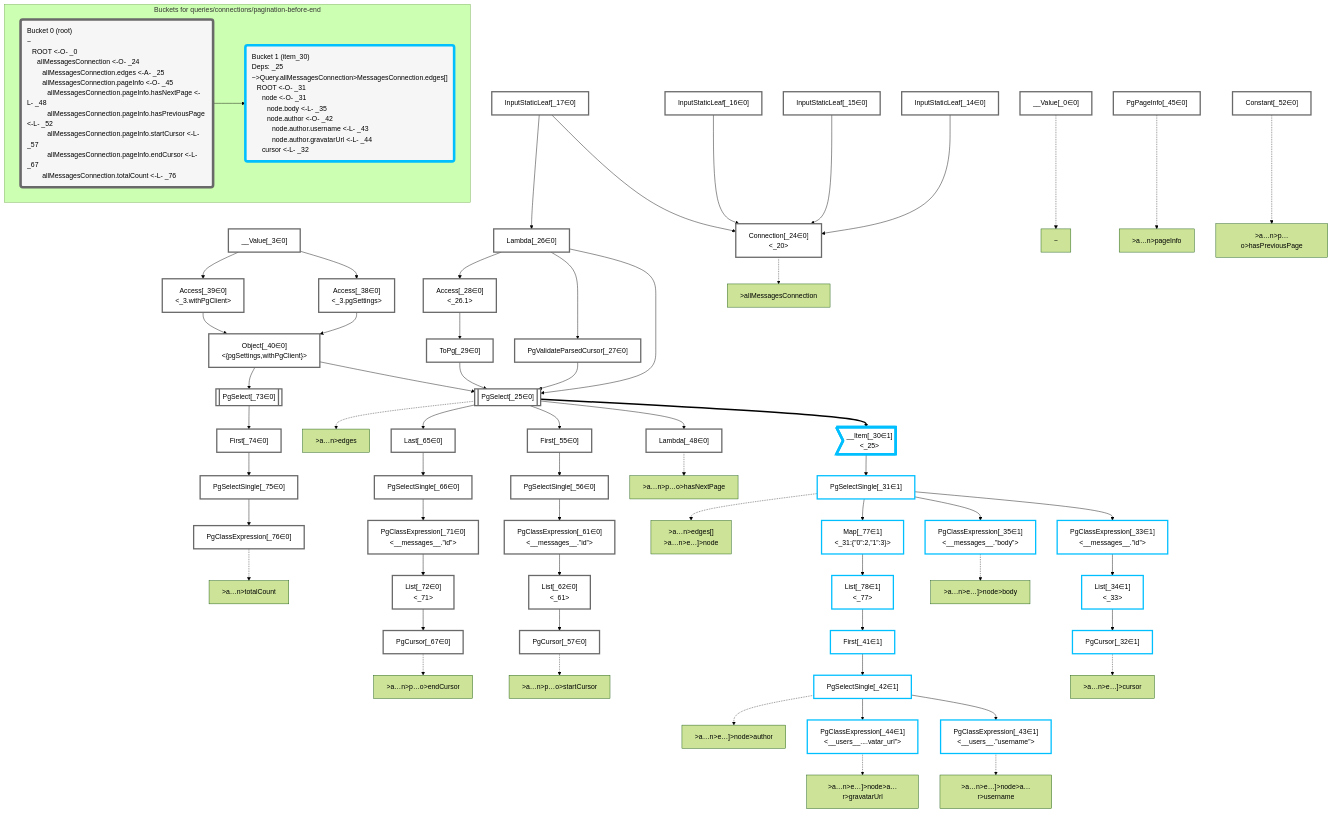
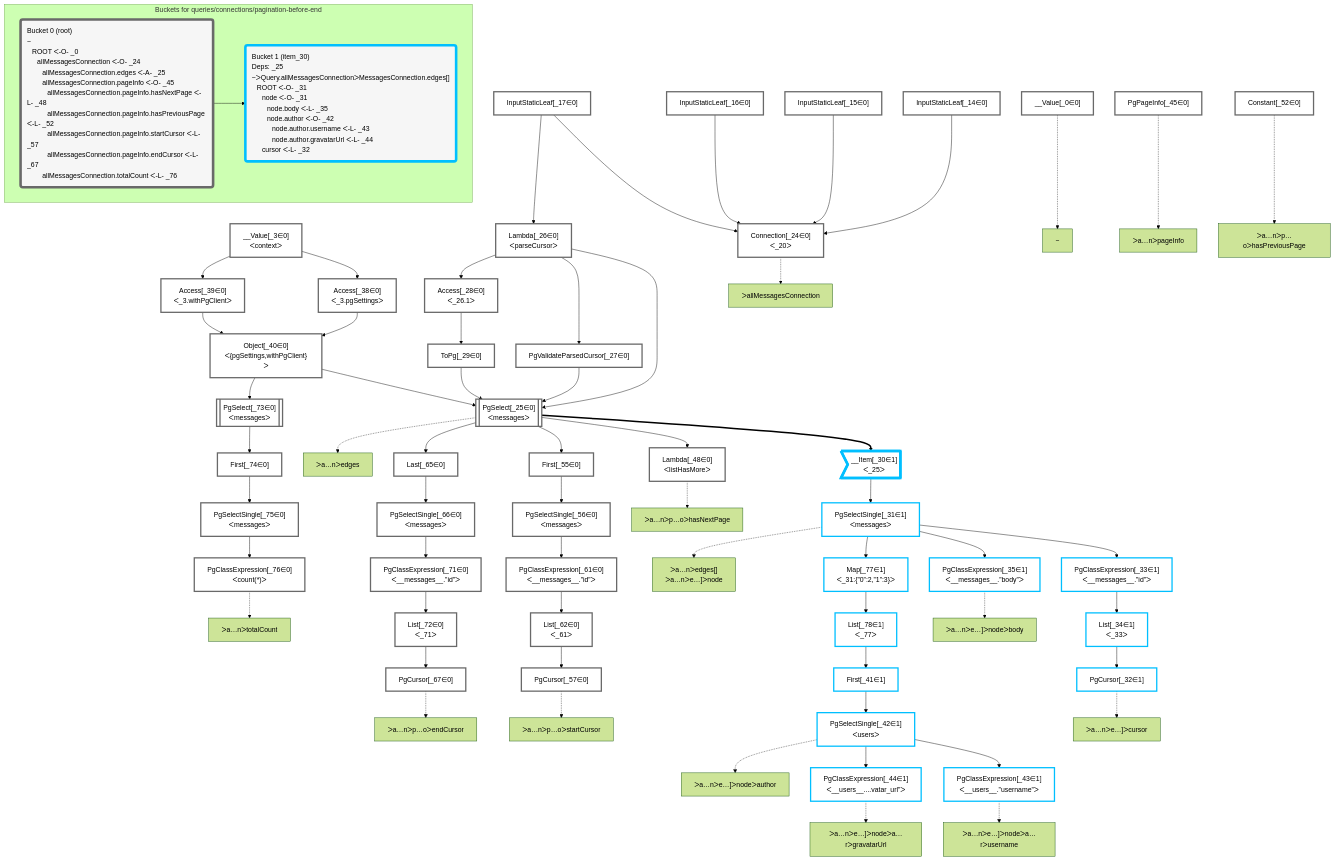
Before and after one commit to graphile/crystal: the diagram in packages/dataplan-pg/__tests__/queries/connections/pagination-before-end.mermaid.md, drawn with Mermaid (forest theme). The commit also changed 195 other files, not shown here.

```diff
--- a/packages/dataplan-pg/__tests__/queries/connections/pagination-before-end.mermaid.md
+++ b/packages/dataplan-pg/__tests__/queries/connections/pagination-before-end.mermaid.md
@@ -9,49 +9,49 @@
 
     %% define plans
     __Value_0["__Value[_0∈0]"]:::plan
-    __Value_3["__Value[_3∈0]<br /><context>"]:::plan
+    __Value_3["__Value[_3∈0]<br />ᐸcontextᐳ"]:::plan
     InputStaticLeaf_14["InputStaticLeaf[_14∈0]"]:::plan
     InputStaticLeaf_15["InputStaticLeaf[_15∈0]"]:::plan
     InputStaticLeaf_16["InputStaticLeaf[_16∈0]"]:::plan
     InputStaticLeaf_17["InputStaticLeaf[_17∈0]"]:::plan
-    Connection_24["Connection[_24∈0]<br /><_20>"]:::plan
-    PgSelect_25[["PgSelect[_25∈0]<br /><messages>"]]:::plan
-    Lambda_26["Lambda[_26∈0]<br /><parseCursor>"]:::plan
+    Connection_24["Connection[_24∈0]<br />ᐸ_20ᐳ"]:::plan
+    PgSelect_25[["PgSelect[_25∈0]<br />ᐸmessagesᐳ"]]:::plan
+    Lambda_26["Lambda[_26∈0]<br />ᐸparseCursorᐳ"]:::plan
     PgValidateParsedCursor_27["PgValidateParsedCursor[_27∈0]"]:::plan
-    Access_28["Access[_28∈0]<br /><_26.1>"]:::plan
+    Access_28["Access[_28∈0]<br />ᐸ_26.1ᐳ"]:::plan
     ToPg_29["ToPg[_29∈0]"]:::plan
-    __Item_30>"__Item[_30∈1]<br /><_25>"]:::itemplan
-    PgSelectSingle_31["PgSelectSingle[_31∈1]<br /><messages>"]:::plan
+    __Item_30>"__Item[_30∈1]<br />ᐸ_25ᐳ"]:::itemplan
+    PgSelectSingle_31["PgSelectSingle[_31∈1]<br />ᐸmessagesᐳ"]:::plan
     PgCursor_32["PgCursor[_32∈1]"]:::plan
-    PgClassExpression_33["PgClassExpression[_33∈1]<br /><__messages__.”id”>"]:::plan
-    List_34["List[_34∈1]<br /><_33>"]:::plan
-    PgClassExpression_35["PgClassExpression[_35∈1]<br /><__messages__.”body”>"]:::plan
-    Access_38["Access[_38∈0]<br /><_3.pgSettings>"]:::plan
-    Access_39["Access[_39∈0]<br /><_3.withPgClient>"]:::plan
-    Object_40["Object[_40∈0]<br /><{pgSettings,withPgClient}>"]:::plan
+    PgClassExpression_33["PgClassExpression[_33∈1]<br />ᐸ__messages__.”id”ᐳ"]:::plan
+    List_34["List[_34∈1]<br />ᐸ_33ᐳ"]:::plan
+    PgClassExpression_35["PgClassExpression[_35∈1]<br />ᐸ__messages__.”body”ᐳ"]:::plan
+    Access_38["Access[_38∈0]<br />ᐸ_3.pgSettingsᐳ"]:::plan
+    Access_39["Access[_39∈0]<br />ᐸ_3.withPgClientᐳ"]:::plan
+    Object_40["Object[_40∈0]<br />ᐸ{pgSettings,withPgClient}ᐳ"]:::plan
     First_41["First[_41∈1]"]:::plan
-    PgSelectSingle_42["PgSelectSingle[_42∈1]<br /><users>"]:::plan
-    PgClassExpression_43["PgClassExpression[_43∈1]<br /><__users__.”username”>"]:::plan
-    PgClassExpression_44["PgClassExpression[_44∈1]<br /><__users__....vatar_url”>"]:::plan
+    PgSelectSingle_42["PgSelectSingle[_42∈1]<br />ᐸusersᐳ"]:::plan
+    PgClassExpression_43["PgClassExpression[_43∈1]<br />ᐸ__users__.”username”ᐳ"]:::plan
+    PgClassExpression_44["PgClassExpression[_44∈1]<br />ᐸ__users__....vatar_url”ᐳ"]:::plan
     PgPageInfo_45["PgPageInfo[_45∈0]"]:::plan
-    Lambda_48["Lambda[_48∈0]<br /><listHasMore>"]:::plan
+    Lambda_48["Lambda[_48∈0]<br />ᐸlistHasMoreᐳ"]:::plan
     Constant_52["Constant[_52∈0]"]:::plan
     First_55["First[_55∈0]"]:::plan
-    PgSelectSingle_56["PgSelectSingle[_56∈0]<br /><messages>"]:::plan
+    PgSelectSingle_56["PgSelectSingle[_56∈0]<br />ᐸmessagesᐳ"]:::plan
     PgCursor_57["PgCursor[_57∈0]"]:::plan
-    PgClassExpression_61["PgClassExpression[_61∈0]<br /><__messages__.”id”>"]:::plan
-    List_62["List[_62∈0]<br /><_61>"]:::plan
+    PgClassExpression_61["PgClassExpression[_61∈0]<br />ᐸ__messages__.”id”ᐳ"]:::plan
+    List_62["List[_62∈0]<br />ᐸ_61ᐳ"]:::plan
     Last_65["Last[_65∈0]"]:::plan
-    PgSelectSingle_66["PgSelectSingle[_66∈0]<br /><messages>"]:::plan
+    PgSelectSingle_66["PgSelectSingle[_66∈0]<br />ᐸmessagesᐳ"]:::plan
     PgCursor_67["PgCursor[_67∈0]"]:::plan
-    PgClassExpression_71["PgClassExpression[_71∈0]<br /><__messages__.”id”>"]:::plan
-    List_72["List[_72∈0]<br /><_71>"]:::plan
-    PgSelect_73[["PgSelect[_73∈0]<br /><messages>"]]:::plan
+    PgClassExpression_71["PgClassExpression[_71∈0]<br />ᐸ__messages__.”id”ᐳ"]:::plan
+    List_72["List[_72∈0]<br />ᐸ_71ᐳ"]:::plan
+    PgSelect_73[["PgSelect[_73∈0]<br />ᐸmessagesᐳ"]]:::plan
     First_74["First[_74∈0]"]:::plan
-    PgSelectSingle_75["PgSelectSingle[_75∈0]<br /><messages>"]:::plan
-    PgClassExpression_76["PgClassExpression[_76∈0]<br /><count(*)>"]:::plan
-    Map_77["Map[_77∈1]<br /><_31:{”0”:2,”1”:3}>"]:::plan
-    List_78["List[_78∈1]<br /><_77>"]:::plan
+    PgSelectSingle_75["PgSelectSingle[_75∈0]<br />ᐸmessagesᐳ"]:::plan
+    PgClassExpression_76["PgClassExpression[_76∈0]<br />ᐸcount(*)ᐳ"]:::plan
+    Map_77["Map[_77∈1]<br />ᐸ_31:{”0”:2,”1”:3}ᐳ"]:::plan
+    List_78["List[_78∈1]<br />ᐸ_77ᐳ"]:::plan
 
     %% plan dependencies
     InputStaticLeaf_14 --> Connection_24
@@ -101,33 +101,33 @@
     %% plan-to-path relationships
     P_0["~"]
     __Value_0 -.-> P_0
-    P_24[">allMessagesConnection"]
+    P_24["ᐳallMessagesConnection"]
     Connection_24 -.-> P_24
-    P_25[">a…n>edges"]
+    P_25["ᐳa…nᐳedges"]
     PgSelect_25 -.-> P_25
-    P_31[">a…n>edges[]<br />>a…n>e…]>node"]
+    P_31["ᐳa…nᐳedges[]<br />ᐳa…nᐳe…]ᐳnode"]
     PgSelectSingle_31 -.-> P_31
-    P_32[">a…n>e…]>cursor"]
+    P_32["ᐳa…nᐳe…]ᐳcursor"]
     PgCursor_32 -.-> P_32
-    P_35[">a…n>e…]>node>body"]
+    P_35["ᐳa…nᐳe…]ᐳnodeᐳbody"]
     PgClassExpression_35 -.-> P_35
-    P_42[">a…n>e…]>node>author"]
+    P_42["ᐳa…nᐳe…]ᐳnodeᐳauthor"]
     PgSelectSingle_42 -.-> P_42
-    P_43[">a…n>e…]>node>a…r>username"]
+    P_43["ᐳa…nᐳe…]ᐳnodeᐳa…rᐳusername"]
     PgClassExpression_43 -.-> P_43
-    P_44[">a…n>e…]>node>a…r>gravatarUrl"]
+    P_44["ᐳa…nᐳe…]ᐳnodeᐳa…rᐳgravatarUrl"]
     PgClassExpression_44 -.-> P_44
-    P_45[">a…n>pageInfo"]
+    P_45["ᐳa…nᐳpageInfo"]
     PgPageInfo_45 -.-> P_45
-    P_48[">a…n>p…o>hasNextPage"]
+    P_48["ᐳa…nᐳp…oᐳhasNextPage"]
     Lambda_48 -.-> P_48
-    P_52[">a…n>p…o>hasPreviousPage"]
+    P_52["ᐳa…nᐳp…oᐳhasPreviousPage"]
     Constant_52 -.-> P_52
-    P_57[">a…n>p…o>startCursor"]
+    P_57["ᐳa…nᐳp…oᐳstartCursor"]
     PgCursor_57 -.-> P_57
-    P_67[">a…n>p…o>endCursor"]
+    P_67["ᐳa…nᐳp…oᐳendCursor"]
     PgCursor_67 -.-> P_67
-    P_76[">a…n>totalCount"]
+    P_76["ᐳa…nᐳtotalCount"]
     PgClassExpression_76 -.-> P_76
 
     %% allocate buckets
@@ -137,9 +137,9 @@
     class __Item_30,PgSelectSingle_31,PgCursor_32,PgClassExpression_33,List_34,PgClassExpression_35,First_41,PgSelectSingle_42,PgClassExpression_43,PgClassExpression_44,Map_77,List_78 bucket1
 
     subgraph "Buckets for queries/connections/pagination-before-end"
-    Bucket0("Bucket 0 (root)<br />~<br />⠀ROOT <-O- _0<br />⠀⠀allMessagesConnection <-O- _24<br />⠀⠀⠀allMessagesConnection.edges <-A- _25<br />⠀⠀⠀allMessagesConnection.pageInfo <-O- _45<br />⠀⠀⠀⠀allMessagesConnection.pageInfo.hasNextPage <-L- _48<br />⠀⠀⠀⠀allMessagesConnection.pageInfo.hasPreviousPage <-L- _52<br />⠀⠀⠀⠀allMessagesConnection.pageInfo.startCursor <-L- _57<br />⠀⠀⠀⠀allMessagesConnection.pageInfo.endCursor <-L- _67<br />⠀⠀⠀allMessagesConnection.totalCount <-L- _76"):::bucket
+    Bucket0("Bucket 0 (root)<br />~<br />⠀ROOT ᐸ-O- _0<br />⠀⠀allMessagesConnection ᐸ-O- _24<br />⠀⠀⠀allMessagesConnection.edges ᐸ-A- _25<br />⠀⠀⠀allMessagesConnection.pageInfo ᐸ-O- _45<br />⠀⠀⠀⠀allMessagesConnection.pageInfo.hasNextPage ᐸ-L- _48<br />⠀⠀⠀⠀allMessagesConnection.pageInfo.hasPreviousPage ᐸ-L- _52<br />⠀⠀⠀⠀allMessagesConnection.pageInfo.startCursor ᐸ-L- _57<br />⠀⠀⠀⠀allMessagesConnection.pageInfo.endCursor ᐸ-L- _67<br />⠀⠀⠀allMessagesConnection.totalCount ᐸ-L- _76"):::bucket
     style Bucket0 stroke:#696969
-    Bucket1("Bucket 1 (item_30)<br />Deps: _25<br />~>Query.allMessagesConnection>MessagesConnection.edges[]<br />⠀ROOT <-O- _31<br />⠀⠀node <-O- _31<br />⠀⠀⠀node.body <-L- _35<br />⠀⠀⠀node.author <-O- _42<br />⠀⠀⠀⠀node.author.username <-L- _43<br />⠀⠀⠀⠀node.author.gravatarUrl <-L- _44<br />⠀⠀cursor <-L- _32"):::bucket
+    Bucket1("Bucket 1 (item_30)<br />Deps: _25<br />~ᐳQuery.allMessagesConnectionᐳMessagesConnection.edges[]<br />⠀ROOT ᐸ-O- _31<br />⠀⠀node ᐸ-O- _31<br />⠀⠀⠀node.body ᐸ-L- _35<br />⠀⠀⠀node.author ᐸ-O- _42<br />⠀⠀⠀⠀node.author.username ᐸ-L- _43<br />⠀⠀⠀⠀node.author.gravatarUrl ᐸ-L- _44<br />⠀⠀cursor ᐸ-L- _32"):::bucket
     style Bucket1 stroke:#00bfff
     Bucket0 --> Bucket1
     end
```
